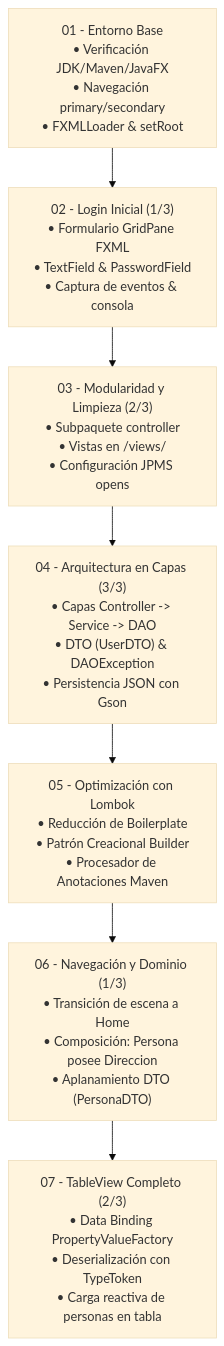
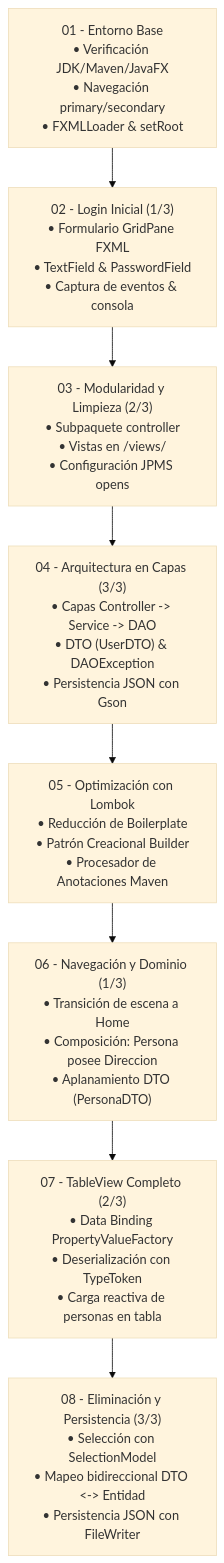
One commit to elprofecarreno/poo-javafx changed the first of 2 diagrams in README.md. Above: the diagram before and after it, drawn with Mermaid (base theme). The commit also changed other lines of this file and 51 other files, not shown here.

````diff
--- a/README.md
+++ b/README.md
@@ -26,17 +26,19 @@
 ```mermaid
 flowchart TD
     P01["01 - Entorno Base\n• Verificación JDK/Maven/JavaFX\n• Navegación primary/secondary\n• FXMLLoader & setRoot"]
     P02["02 - Login Inicial (1/3)\n• Formulario GridPane FXML\n• TextField & PasswordField\n• Captura de eventos & consola"]
     P03["03 - Modularidad y Limpieza (2/3)\n• Subpaquete controller\n• Vistas en /views/\n• Configuración JPMS opens"]
     P04["04 - Arquitectura en Capas (3/3)\n• Capas Controller -> Service -> DAO\n• DTO (UserDTO) & DAOException\n• Persistencia JSON con Gson"]
     P05["05 - Optimización con Lombok\n• Reducción de Boilerplate\n• Patrón Creacional Builder\n• Procesador de Anotaciones Maven"]
     P06["06 - Navegación y Dominio (1/3)\n• Transición de escena a Home\n• Composición: Persona posee Direccion\n• Aplanamiento DTO (PersonaDTO)"]
     P07["07 - TableView Completo (2/3)\n• Data Binding PropertyValueFactory\n• Deserialización con TypeToken\n• Carga reactiva de personas en tabla"]
+    P08["08 - Eliminación y Persistencia (3/3)\n• Selección con SelectionModel\n• Mapeo bidireccional DTO <-> Entidad\n• Persistencia JSON con FileWriter"]
 
     P01 --> P02
     P02 --> P03
     P03 --> P04
     P04 --> P05
     P05 --> P06
     P06 --> P07
+    P07 --> P08
 ```
````
